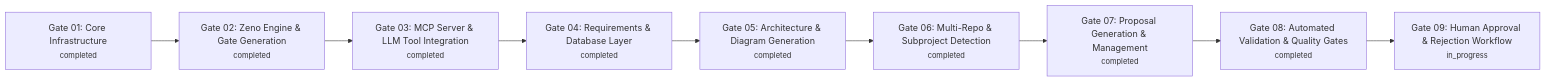
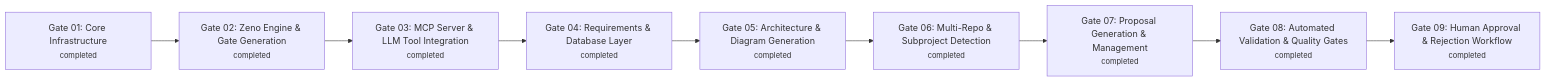
Before and after one commit to Duccci/Zenos-Planner: the diagram in zeno/architecture/gate-roadmap.md, drawn with Mermaid. The commit also changed 32 other files, not shown here.

````diff
--- a/zeno/architecture/gate-roadmap.md
+++ b/zeno/architecture/gate-roadmap.md
@@ -1,24 +1,24 @@
 ```mermaid
 graph LR
     G1["Gate 01: Core Infrastructure<br/><small>completed</small>"]
     G2["Gate 02: Zeno Engine & Gate Generation<br/><small>completed</small>"]
     G3["Gate 03: MCP Server & LLM Tool Integration<br/><small>completed</small>"]
     G4["Gate 04: Requirements & Database Layer<br/><small>completed</small>"]
     G5["Gate 05: Architecture & Diagram Generation<br/><small>completed</small>"]
     G6["Gate 06: Multi-Repo & Subproject Detection<br/><small>completed</small>"]
     G7["Gate 07: Proposal Generation & Management<br/><small>completed</small>"]
     G8["Gate 08: Automated Validation & Quality Gates<br/><small>completed</small>"]
-    G9["Gate 09: Human Approval & Rejection Workflow<br/><small>in_progress</small>"]
+    G9["Gate 09: Human Approval & Rejection Workflow<br/><small>completed</small>"]
     G1 --> G2
     G2 --> G3
     G3 --> G4
     G4 --> G5
     G5 --> G6
     G6 --> G7
     G7 --> G8
     G8 --> G9
 
     classDef pending fill:#4A90E2,stroke:#2E5C8A,stroke-width:2px,color:#fff
     classDef in_progress fill:#FFC107,stroke:#F57F17,stroke-width:2px,color:#000
     classDef completed fill:#4CAF50,stroke:#2E7D32,stroke-width:2px,color:#fff
 ```
````
